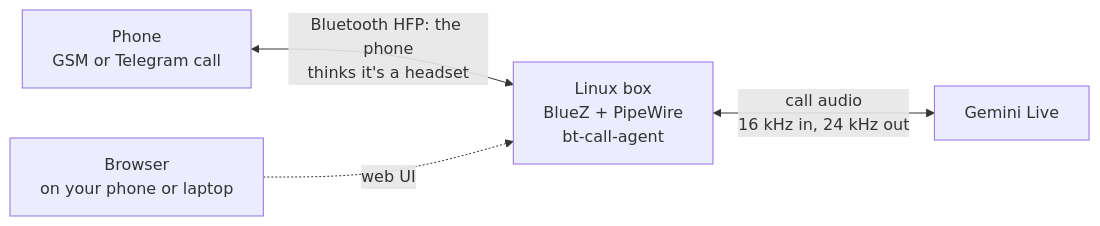
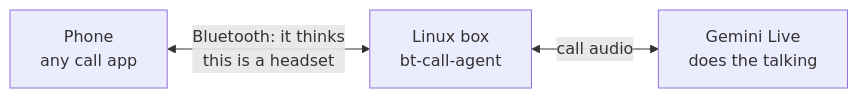
Before and after one commit to romirom11/bt-call-agent: the diagram in README.md, drawn with Mermaid. The commit also changed other lines of this file, not shown here.

Commit message:
README: simpler diagram, shorter quick start

````diff
--- a/README.md
+++ b/README.md
@@ -33,10 +33,5 @@
 ```mermaid
 flowchart LR
-    phone["Phone<br/>GSM or Telegram call"]
-    box["Linux box<br/>BlueZ + PipeWire<br/>bt-call-agent"]
-    gemini["Gemini Live"]
-    browser["Browser<br/>on your phone or laptop"]
-    phone <-->|"Bluetooth HFP: the phone<br/>thinks it's a headset"| box
-    box <-->|"call audio<br/>16 kHz in, 24 kHz out"| gemini
-    browser -.->|"web UI"| box
+    phone["Phone<br/>any call app"] <-->|"Bluetooth: it thinks<br/>this is a headset"| box["Linux box<br/>bt-call-agent"]
+    box <-->|"call audio"| gemini["Gemini Live<br/>does the talking"]
 ```
````
